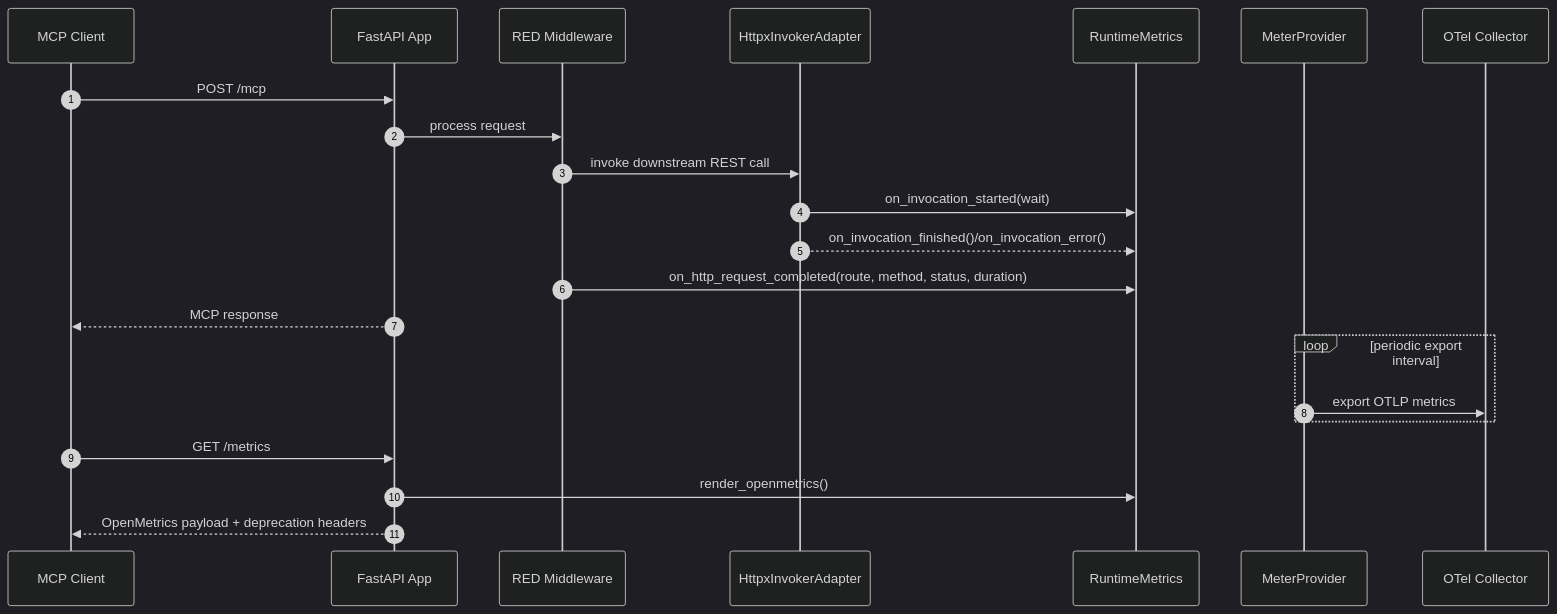
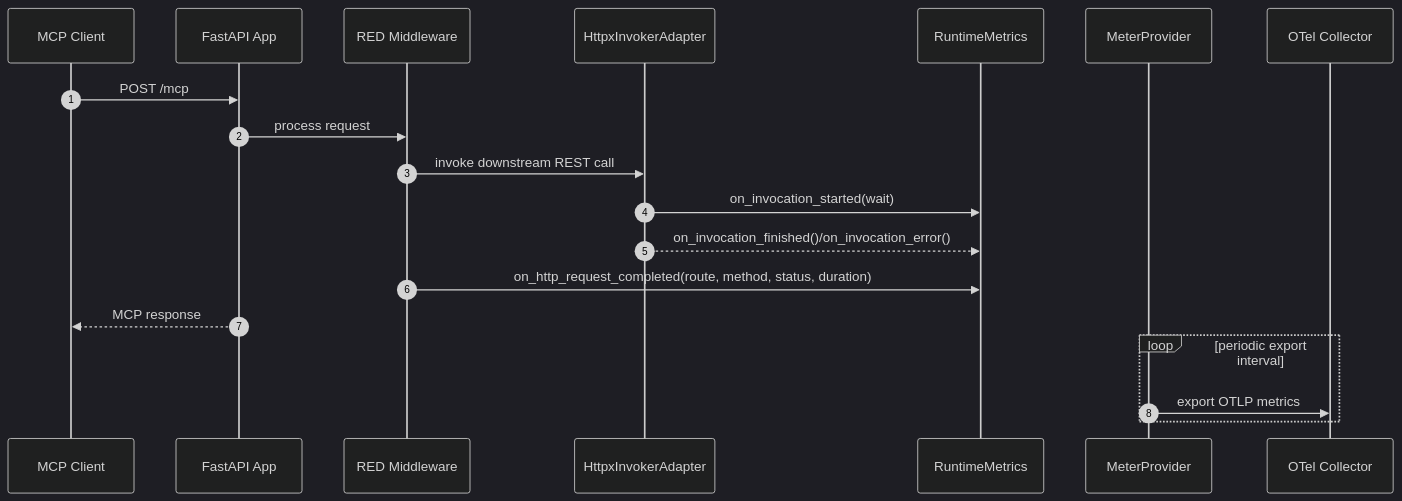
The diagram in docs/diagrams/0010-sequence-http-request-red-and-otlp-export.md (Albe83/openapi-to-mcp), drawn with Mermaid (dark theme) before and after one commit. The commit also changed 13 other files, not shown here.

````diff
--- a/docs/diagrams/0010-sequence-http-request-red-and-otlp-export.md
+++ b/docs/diagrams/0010-sequence-http-request-red-and-otlp-export.md
@@ -7,27 +7,23 @@
 ```mermaid
 sequenceDiagram
   autonumber
   participant Client as MCP Client
   participant App as FastAPI App
   participant MW as RED Middleware
   participant Invoker as HttpxInvokerAdapter
   participant Metrics as RuntimeMetrics
   participant OTel as MeterProvider
   participant Collector as OTel Collector
 
   Client->>App: POST /mcp
   App->>MW: process request
   MW->>Invoker: invoke downstream REST call
   Invoker->>Metrics: on_invocation_started(wait)
   Invoker-->>Metrics: on_invocation_finished()/on_invocation_error()
   MW->>Metrics: on_http_request_completed(route, method, status, duration)
   App-->>Client: MCP response
 
   loop periodic export interval
     OTel->>Collector: export OTLP metrics
   end
-
-  Client->>App: GET /metrics
-  App->>Metrics: render_openmetrics()
-  App-->>Client: OpenMetrics payload + deprecation headers
 ```
````
